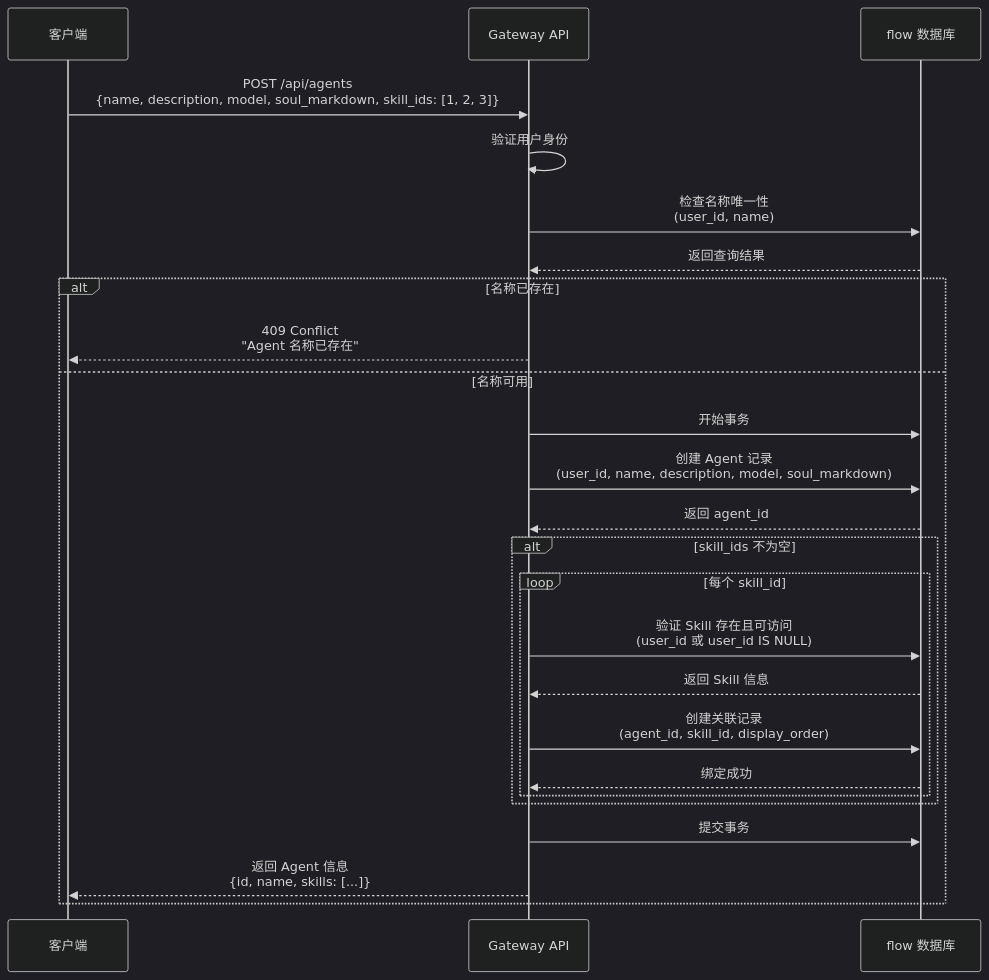
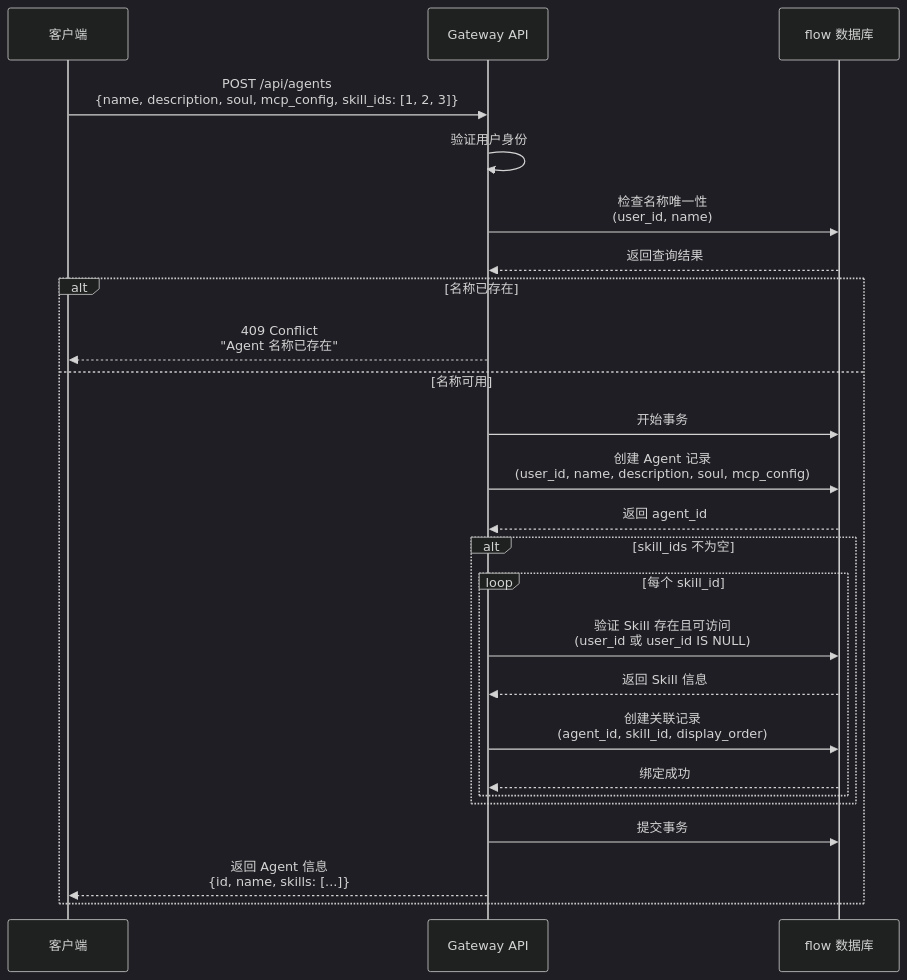
Before and after one commit to early-chinese-civilization/deer-flow: the tenth of 14 diagrams in DeerFlow接口时序图.md, drawn with Mermaid (dark theme). The commit also changed other lines of this file and 4 other files, not shown here.

````diff
--- a/DeerFlow接口时序图.md
+++ b/DeerFlow接口时序图.md
@@ -319,35 +349,35 @@
 ```mermaid
 sequenceDiagram
     participant Client as 客户端
     participant Gateway as Gateway API
     participant DB as flow 数据库
     
-    Client->>Gateway: POST /api/agents<br/>{name, description, model, soul_markdown, skill_ids: [1, 2, 3]}
+    Client->>Gateway: POST /api/agents<br/>{name, description, soul, mcp_config, skill_ids: [1, 2, 3]}
     Gateway->>Gateway: 验证用户身份
     
     Gateway->>DB: 检查名称唯一性<br/>(user_id, name)
     DB-->>Gateway: 返回查询结果
     
     alt 名称已存在
         Gateway-->>Client: 409 Conflict<br/>"Agent 名称已存在"
     else 名称可用
         Gateway->>DB: 开始事务
         
-        Gateway->>DB: 创建 Agent 记录<br/>(user_id, name, description, model, soul_markdown)
+        Gateway->>DB: 创建 Agent 记录<br/>(user_id, name, description, soul, mcp_config)
         DB-->>Gateway: 返回 agent_id
         
         alt skill_ids 不为空
             loop 每个 skill_id
                 Gateway->>DB: 验证 Skill 存在且可访问<br/>(user_id 或 user_id IS NULL)
                 DB-->>Gateway: 返回 Skill 信息
                 
                 Gateway->>DB: 创建关联记录<br/>(agent_id, skill_id, display_order)
                 DB-->>Gateway: 绑定成功
             end
         end
         
         Gateway->>DB: 提交事务
         
         Gateway-->>Client: 返回 Agent 信息<br/>{id, name, skills: [...]}
     end
 ```
````
